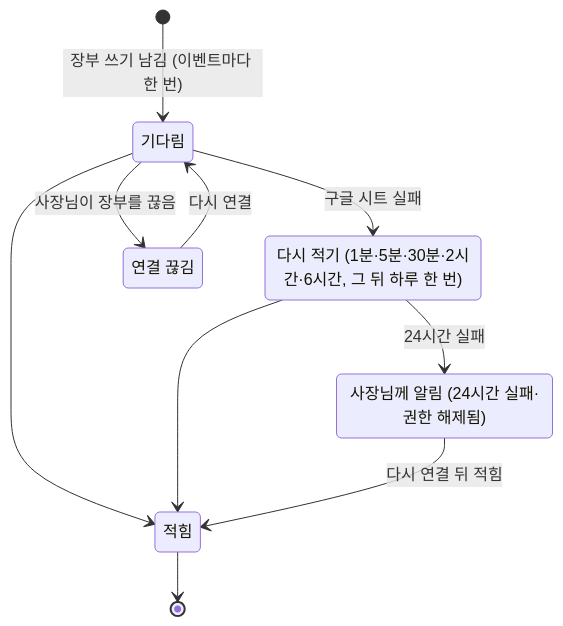
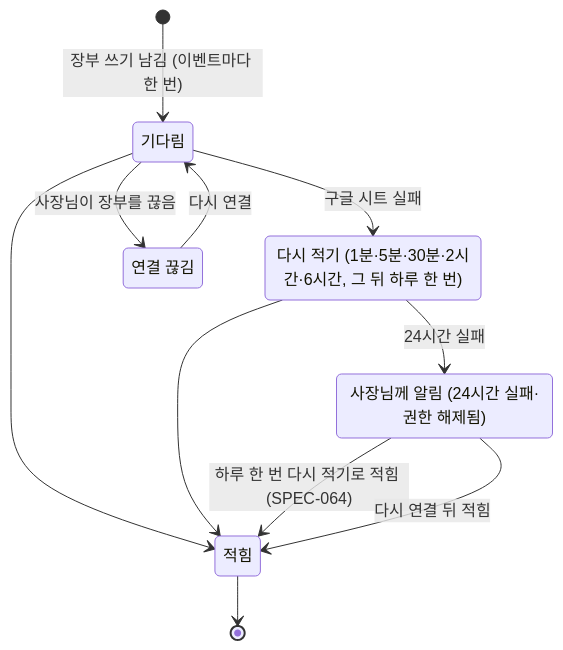
One commit to kodonghui/siljang.ai changed the eighth of 8 diagrams in docs/04-functional-spec/spec.md. Above: the diagram before and after it, drawn with Mermaid. The commit also changed other lines of this file and 13 other files, not shown here.

````diff
--- a/docs/04-functional-spec/spec.md
+++ b/docs/04-functional-spec/spec.md
@@ -215,17 +243,18 @@
 ```mermaid
 stateDiagram-v2
   state "기다림" as pending
   state "적힘" as written
   state "다시 적기 (1분·5분·30분·2시간·6시간, 그 뒤 하루 한 번)" as retry
   state "사장님께 알림 (24시간 실패·권한 해제됨)" as alerted
   state "연결 끊김" as unlinked
   [*] --> pending: 장부 쓰기 남김 (이벤트마다 한 번)
   pending --> written
   pending --> retry: 구글 시트 실패
   retry --> written
   retry --> alerted: 24시간 실패
+  alerted --> written: 하루 한 번 다시 적기로 적힘 (SPEC-064)
   alerted --> written: 다시 연결 뒤 적힘
   pending --> unlinked: 사장님이 장부를 끊음
   unlinked --> pending: 다시 연결
   written --> [*]
 ```
````
